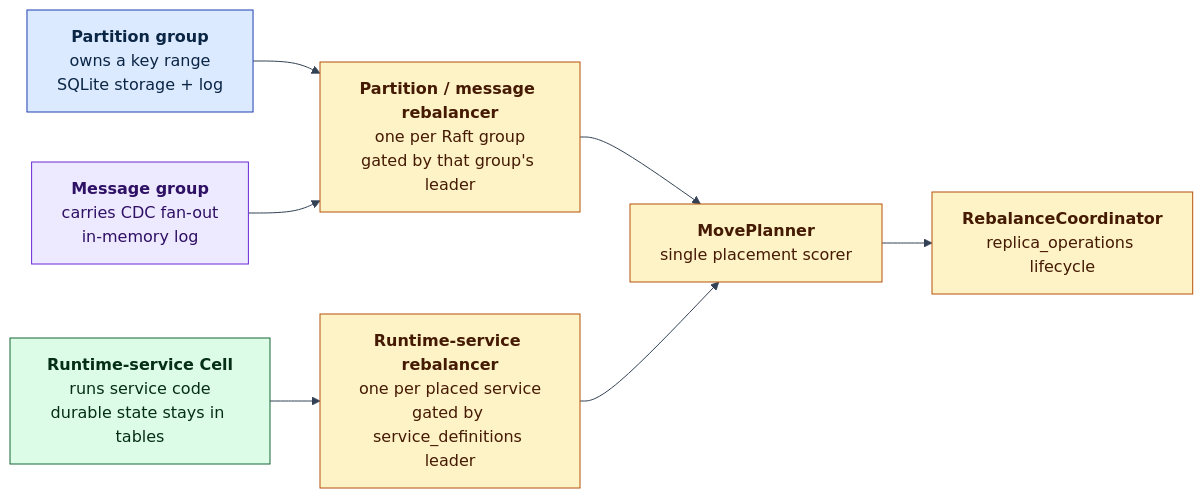
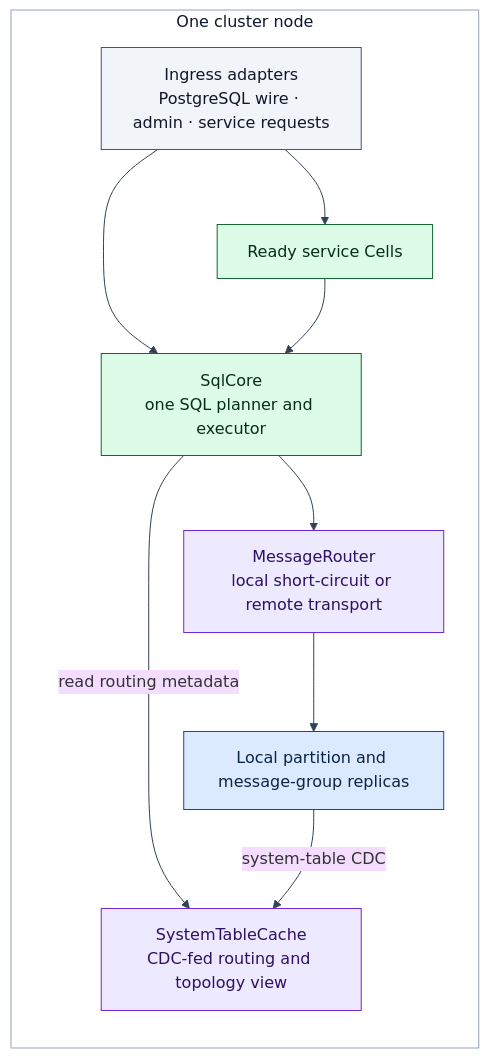
The fourth of 9 diagrams in architecture/system-model.md (psvensson/lagrange), drawn with Mermaid before and after one commit. The commit also changed other lines of this file, not shown here.

Commit message:
Rebuild Lagrange system mental model

````diff
--- a/architecture/system-model.md
+++ b/architecture/system-model.md
@@ -89,24 +173,27 @@
 ```mermaid
 %%{init: {'theme':'base','themeVariables':{'background':'#ffffff','lineColor':'#334155','textColor':'#0f172a'}}}%%
-flowchart LR
-  PG["<b>Partition group</b><br/>owns a key range<br/>SQLite storage + log"]:::data
-  MG["<b>Message group</b><br/>carries CDC fan-out<br/>in-memory log"]:::move
-  SG["<b>Runtime-service Cell</b><br/>runs service code<br/>durable state stays in tables"]:::svc
+flowchart TD
+  subgraph NODE["One cluster node"]
+    direction TB
+    ING["Ingress adapters<br/>PostgreSQL wire · admin · service requests"]:::ext
+    CELL["Ready service Cells"]:::svc
+    SQL["SqlCore<br/>one SQL planner and executor"]:::svc
+    CACHE["SystemTableCache<br/>CDC-fed routing and topology view"]:::move
+    ROUTER["MessageRouter<br/>local short-circuit or remote transport"]:::move
+    LOCAL["Local partition and message-group replicas"]:::data
+  end
 
-  GR["<b>Partition / message rebalancer</b><br/>one per Raft group<br/>gated by that group's leader"]:::ctrl
-  SR["<b>Runtime-service rebalancer</b><br/>one per placed service<br/>gated by service_definitions leader"]:::ctrl
-  MP["<b>MovePlanner</b><br/>single placement scorer"]:::ctrl
-  RC["<b>RebalanceCoordinator</b><br/>replica_operations lifecycle"]:::ctrl
+  ING --> SQL
+  ING --> CELL
+  CELL --> SQL
+  SQL -->|"read routing metadata"| CACHE
+  SQL --> ROUTER
+  ROUTER --> LOCAL
+  LOCAL -->|"system-table CDC"| CACHE
 
-  PG --> GR
-  MG --> GR
-  SG --> SR
-  GR --> MP
-  SR --> MP
-  MP --> RC
-
+  style NODE fill:#ffffff,stroke:#94a3b8,color:#0f172a
   classDef data fill:#dbeafe,stroke:#1e40af,color:#0b2545
   classDef svc fill:#dcfce7,stroke:#166534,color:#052e16
-  classDef ctrl fill:#fef3c7,stroke:#b45309,color:#451a03
   classDef move fill:#ede9fe,stroke:#6d28d9,color:#2e1065
+  classDef ext fill:#f1f5f9,stroke:#475569,color:#0f172a
 ```
````
